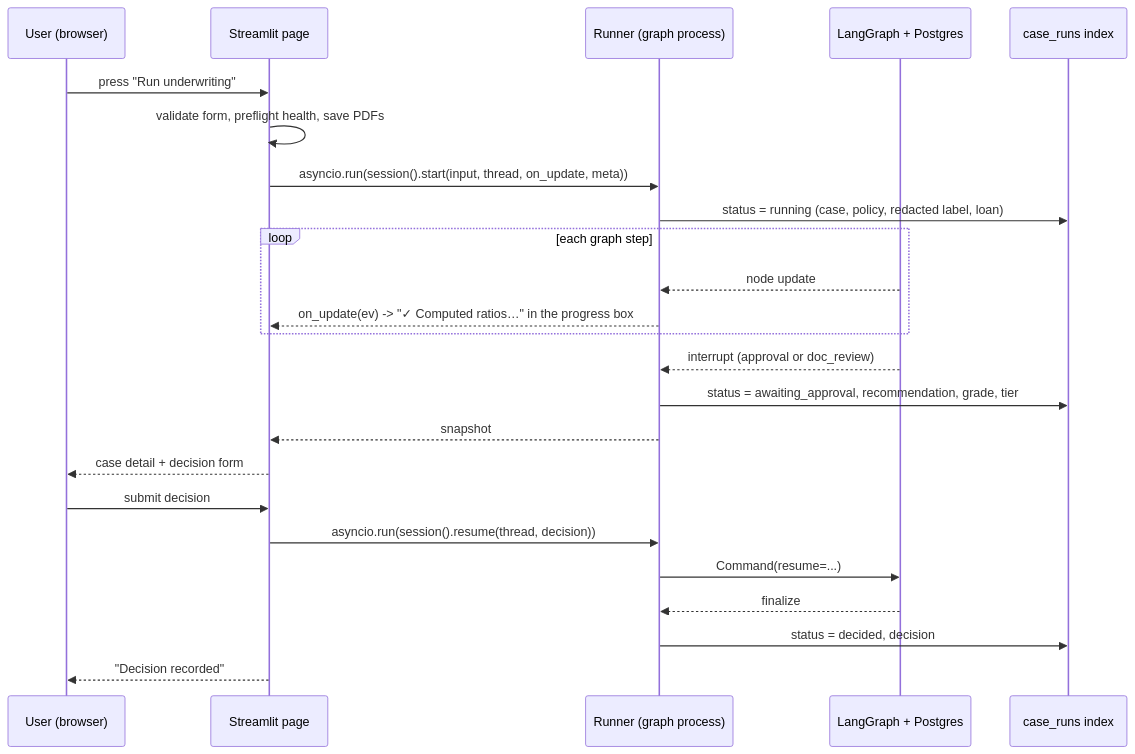
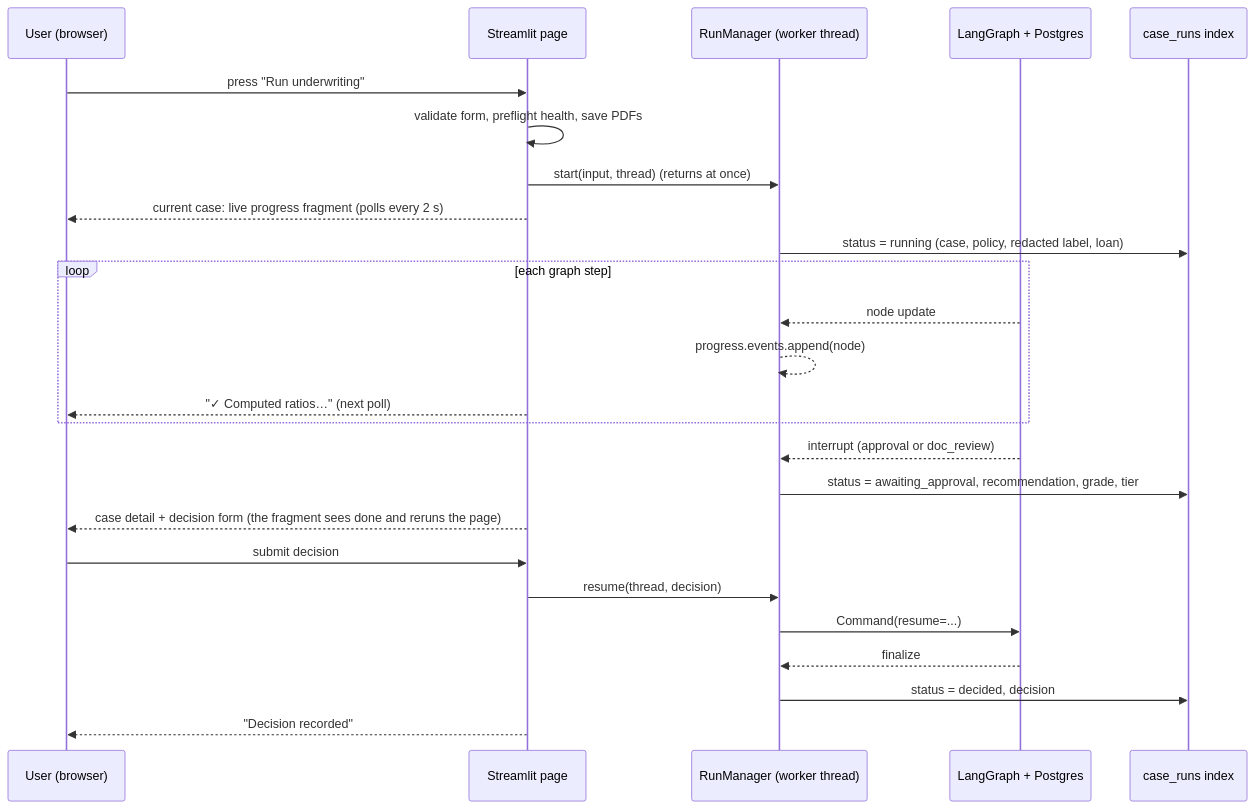
One commit to bhanuponguru/WealthPilot changed the first of 2 diagrams in docs/concepts/user-interface.md. Above: the diagram before and after it, drawn with Mermaid. The commit also changed other lines of this file and 50 other files, not shown here.

````diff
--- a/docs/concepts/user-interface.md
+++ b/docs/concepts/user-interface.md
@@ -31,26 +34,27 @@
 ```mermaid
 sequenceDiagram
     participant U as User (browser)
     participant S as Streamlit page
-    participant R as Runner (graph process)
+    participant M as RunManager (worker thread)
     participant G as LangGraph + Postgres
     participant I as case_runs index
     U->>S: press "Run underwriting"
     S->>S: validate form, preflight health, save PDFs
-    S->>R: asyncio.run(session().start(input, thread, on_update, meta))
-    R->>I: status = running (case, policy, redacted label, loan)
+    S->>M: start(input, thread)  (returns at once)
+    S-->>U: current case: live progress fragment (polls every 2 s)
+    M->>I: status = running (case, policy, redacted label, loan)
     loop each graph step
-        G-->>R: node update
-        R-->>S: on_update(ev) -> "✓ Computed ratios…" in the progress box
+        G-->>M: node update
+        M-->>M: progress.events.append(node)
+        S-->>U: "✓ Computed ratios…" (next poll)
     end
-    G-->>R: interrupt (approval or doc_review)
-    R->>I: status = awaiting_approval, recommendation, grade, tier
-    R-->>S: snapshot
-    S-->>U: case detail + decision form
+    G-->>M: interrupt (approval or doc_review)
+    M->>I: status = awaiting_approval, recommendation, grade, tier
+    S-->>U: case detail + decision form (the fragment sees done and reruns the page)
     U->>S: submit decision
-    S->>R: asyncio.run(session().resume(thread, decision))
-    R->>G: Command(resume=...)
-    G-->>R: finalize
-    R->>I: status = decided, decision
+    S->>M: resume(thread, decision)
+    M->>G: Command(resume=...)
+    G-->>M: finalize
+    M->>I: status = decided, decision
     S-->>U: "Decision recorded"
 ```
````
